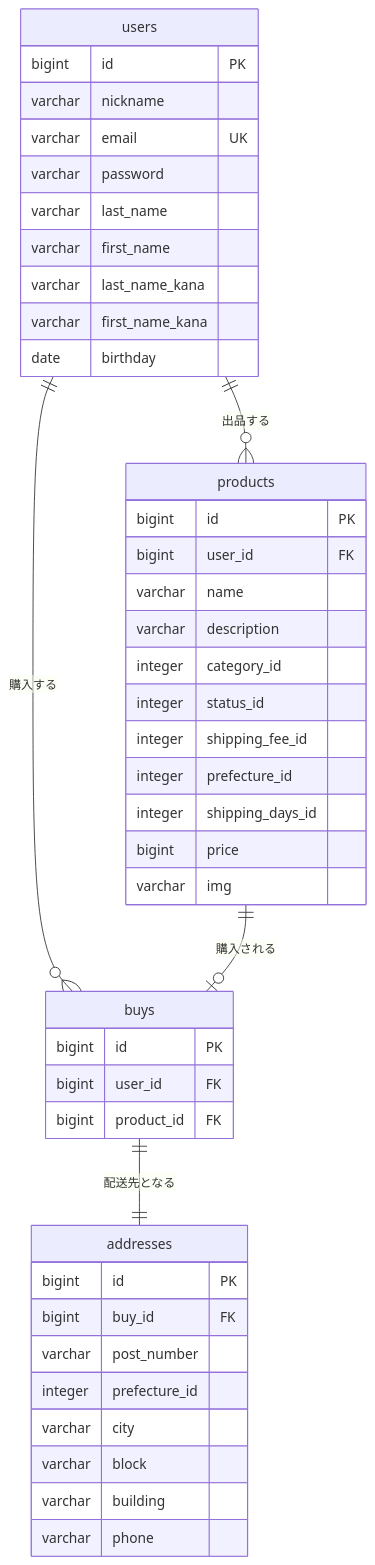
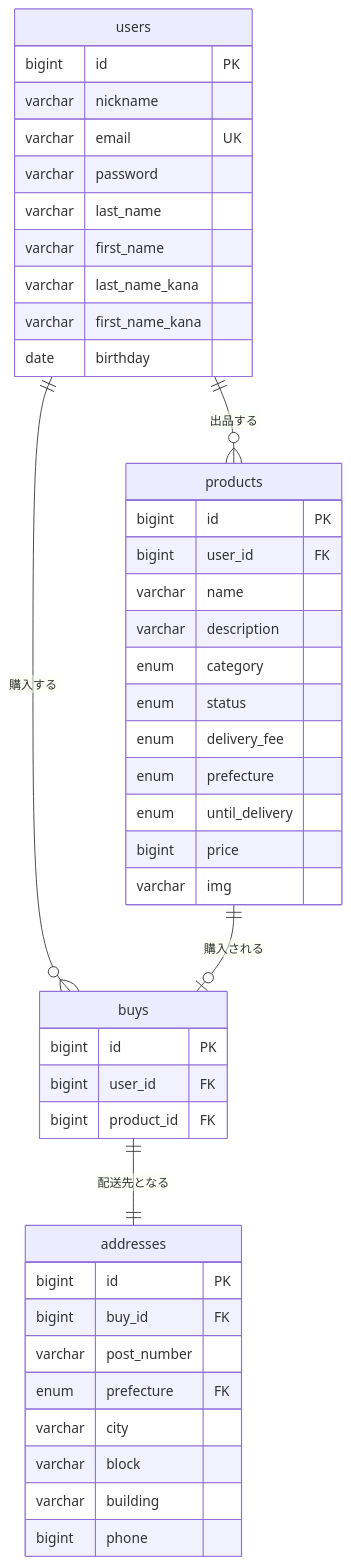
The diagram in README.md (sho-haraguchi/furima), drawn with Mermaid before and after one commit.

````diff
--- a/README.md
+++ b/README.md
@@ -3,50 +3,50 @@
 ```mermaid
 erDiagram
     users ||--o{ products : "出品する"
     users ||--o{ buys : "購入する"
     products ||--o| buys : "購入される"
     buys ||--|| addresses : "配送先となる"
 
     users {
         bigint id PK
         varchar nickname
         varchar email UK
         varchar password
         varchar last_name
         varchar first_name
         varchar last_name_kana
         varchar first_name_kana
         date birthday
     }
 
     products {
         bigint id PK
         bigint user_id FK
         varchar name
         varchar description
-        integer category_id
-        integer status_id
-        integer shipping_fee_id
-        integer prefecture_id
-        integer shipping_days_id
+        enum category
+        enum status
+        enum delivery_fee
+        enum prefecture
+        enum until_delivery
         bigint price
         varchar img
     }
 
     buys {
         bigint id PK
         bigint user_id FK
         bigint product_id FK
     }
 
     addresses {
         bigint id PK
         bigint buy_id FK
         varchar post_number
-        integer prefecture_id
+        enum prefecture FK
         varchar city
         varchar block
         varchar building
-        varchar phone
+        bigint phone
     }
 ```
````
